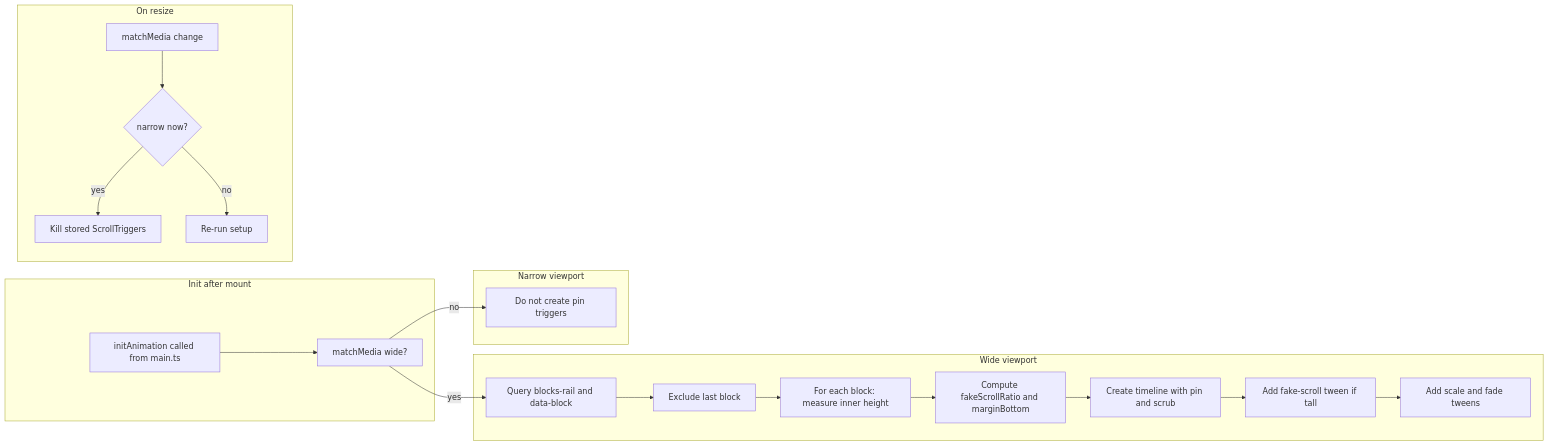
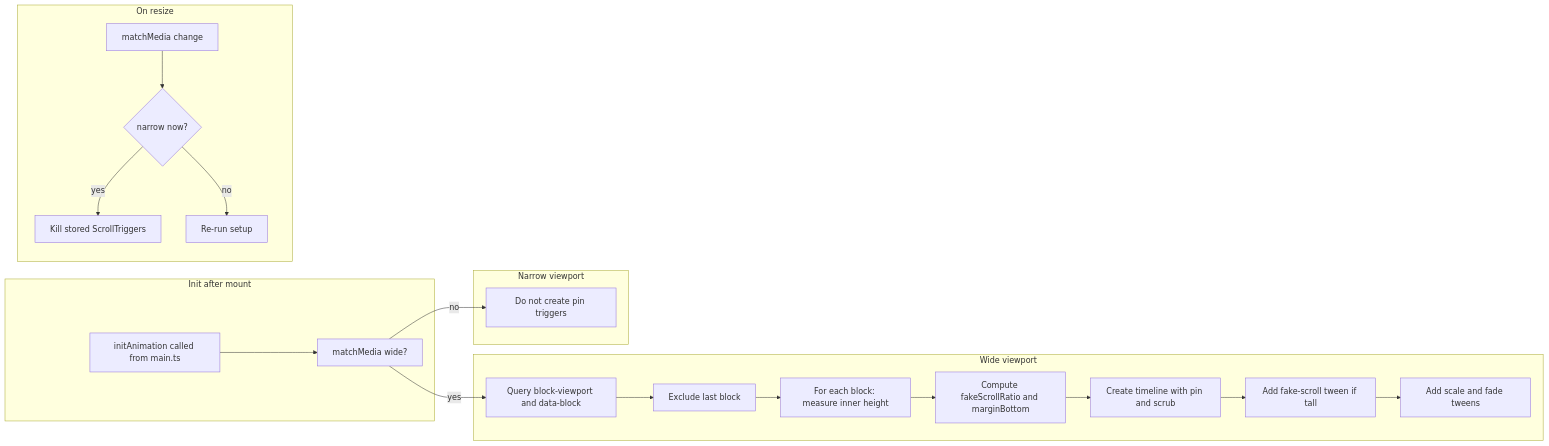
Before and after one commit to theRenard/a-orixe: the diagram in .cursor/plans/gsap_slide_pinning_overscroll_30ab3153.plan.md, drawn with Mermaid. The commit also changed other lines of this file and 4 other files, not shown here.

````diff
--- a/.cursor/plans/gsap_slide_pinning_overscroll_30ab3153.plan.md
+++ b/.cursor/plans/gsap_slide_pinning_overscroll_30ab3153.plan.md
@@ -75,25 +86,25 @@
 ```mermaid
 flowchart LR
   subgraph init [Init after mount]
     A[initAnimation called from main.ts]
     B[matchMedia wide?]
     A --> B
   end
   subgraph wide [Wide viewport]
-    B -->|yes| C[Query blocks-rail and data-block]
+    B -->|yes| C[Query block-viewport and data-block]
     C --> D[Exclude last block]
     D --> E[For each block: measure inner height]
     E --> F[Compute fakeScrollRatio and marginBottom]
     F --> G[Create timeline with pin and scrub]
     G --> H[Add fake-scroll tween if tall]
     H --> I[Add scale and fade tweens]
   end
   subgraph narrow [Narrow viewport]
     B -->|no| J[Do not create pin triggers]
   end
   subgraph resize [On resize]
     K[matchMedia change] --> L{narrow now?}
     L -->|yes| M[Kill stored ScrollTriggers]
     L -->|no| N[Re-run setup]
   end
 ```
````
